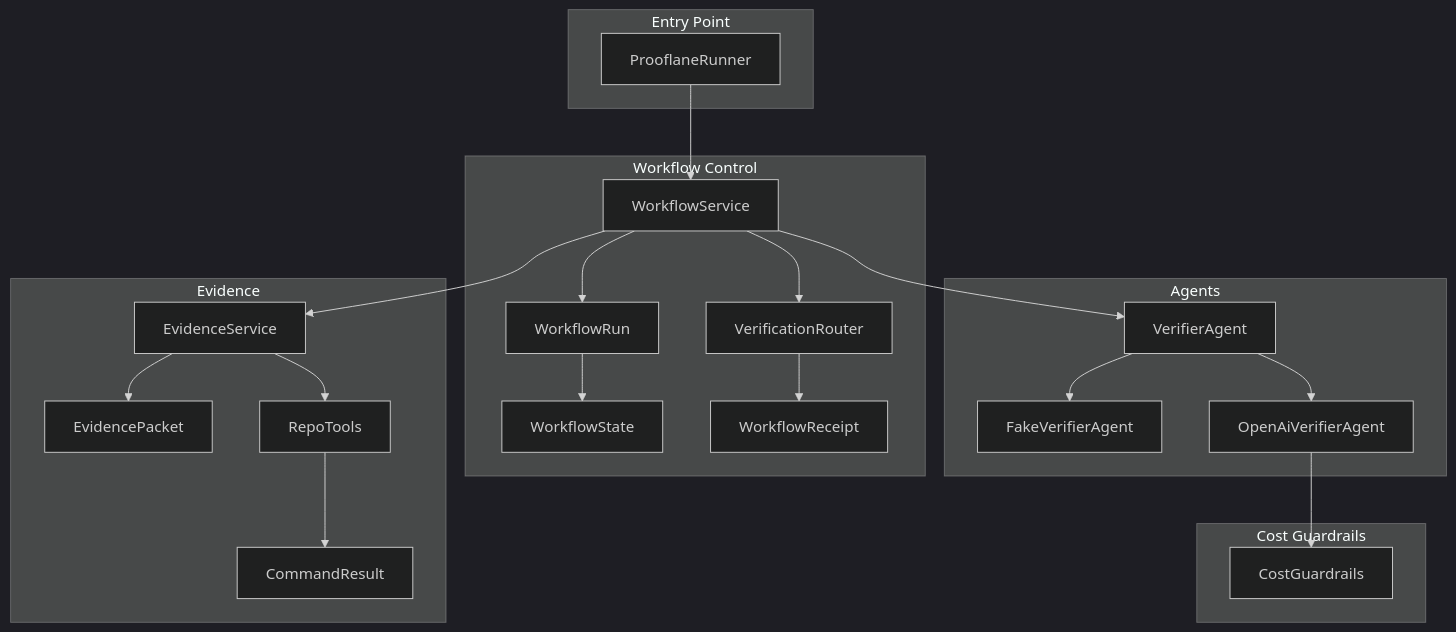
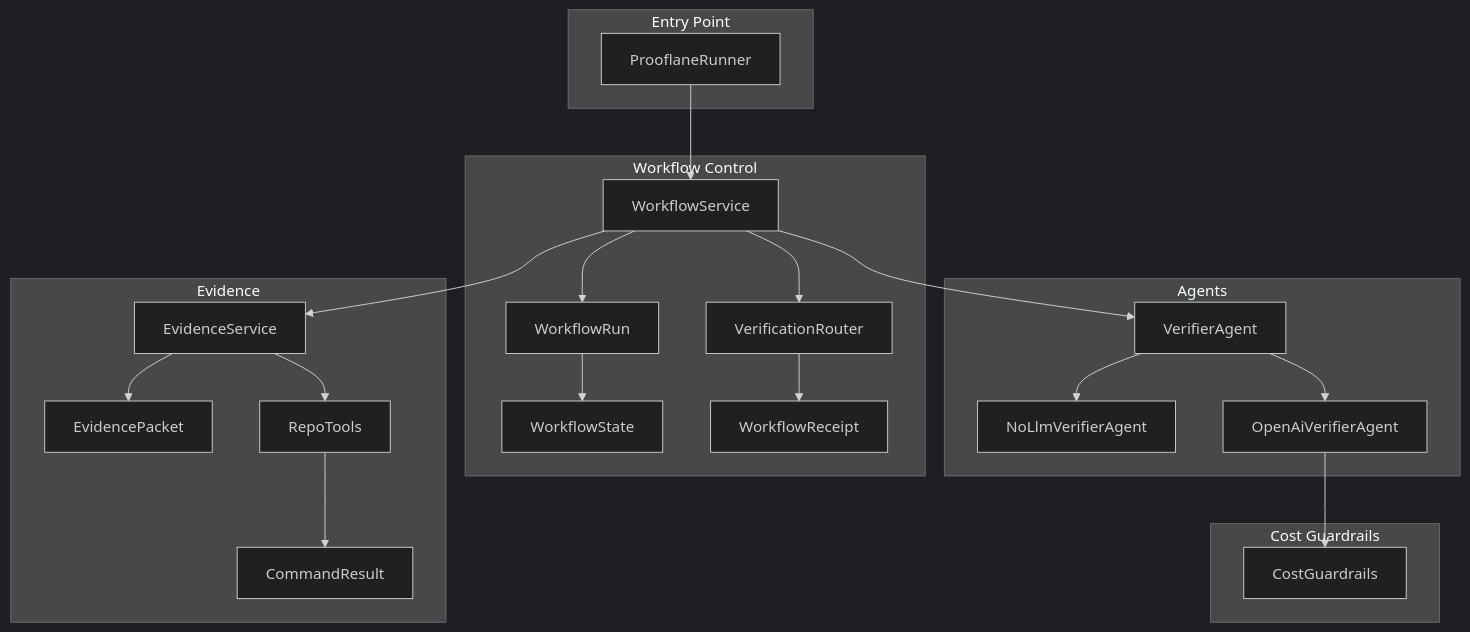
One commit to vinayknl/prooflane changed the fourth of 6 diagrams in README.md. Above: the diagram before and after it, drawn with Mermaid (dark theme). The commit also changed other lines of this file and 7 other files, not shown here.

Commit message:
Rename default verifier mode to No-LLM

````diff
--- a/README.md
+++ b/README.md
@@ -119,45 +119,45 @@
 ```mermaid
 flowchart TB
     subgraph entry["Entry Point"]
         Runner["ProoflaneRunner"]
     end
 
     subgraph workflow["Workflow Control"]
         Workflow["WorkflowService"]
         Router["VerificationRouter"]
         Run["WorkflowRun"]
         State["WorkflowState"]
         Receipt["WorkflowReceipt"]
     end
 
     subgraph evidence["Evidence"]
         Evidence["EvidenceService"]
         Packet["EvidencePacket"]
         Tools["RepoTools"]
         Command["CommandResult"]
     end
 
     subgraph agents["Agents"]
         Agent["VerifierAgent"]
-        Fake["FakeVerifierAgent"]
+        NoLlm["NoLlmVerifierAgent"]
         OpenAI["OpenAiVerifierAgent"]
     end
 
     subgraph guardrails["Cost Guardrails"]
         Guardrails["CostGuardrails"]
     end
 
     Runner --> Workflow
     Workflow --> Evidence
     Evidence --> Tools
     Tools --> Command
     Evidence --> Packet
     Workflow --> Agent
-    Agent --> Fake
+    Agent --> NoLlm
     Agent --> OpenAI
     OpenAI --> Guardrails
     Workflow --> Router
     Router --> Receipt
     Workflow --> Run
     Run --> State
 ```
````
